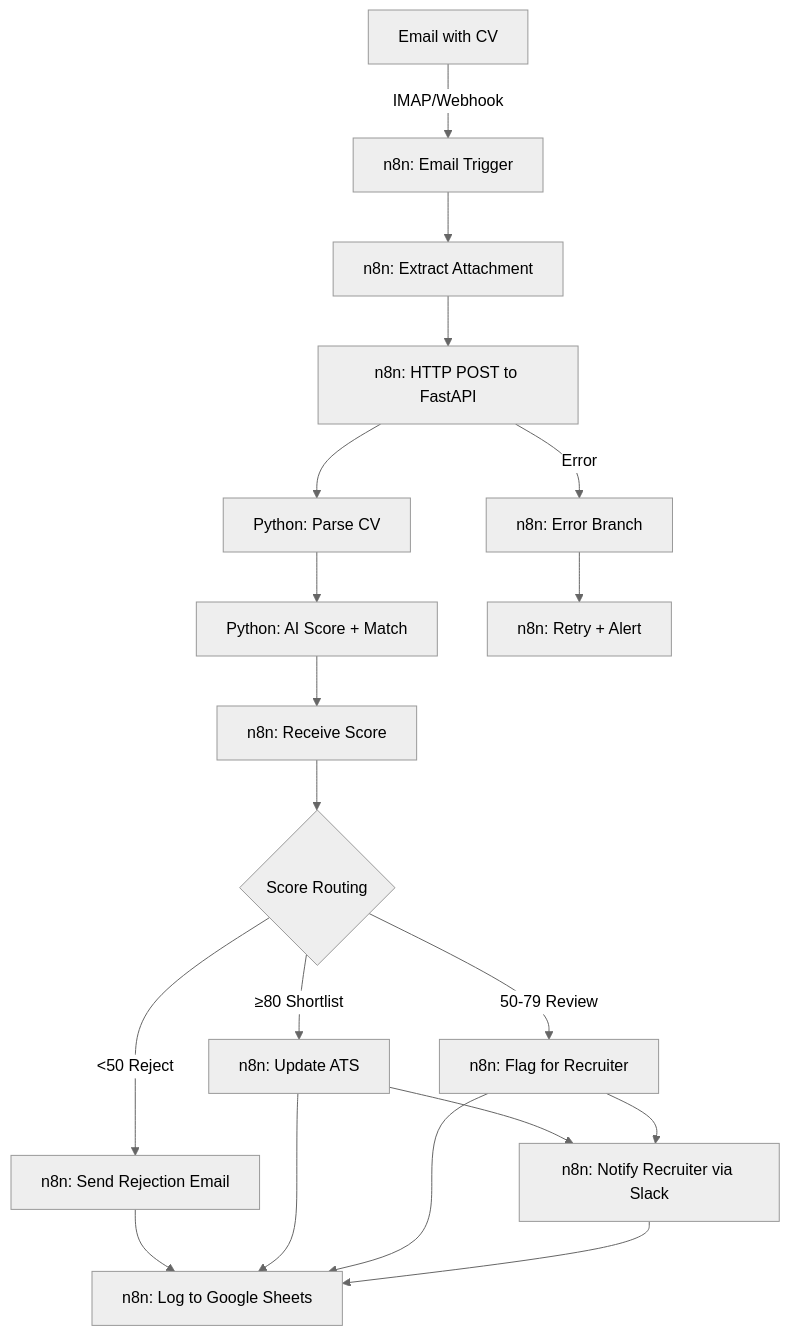
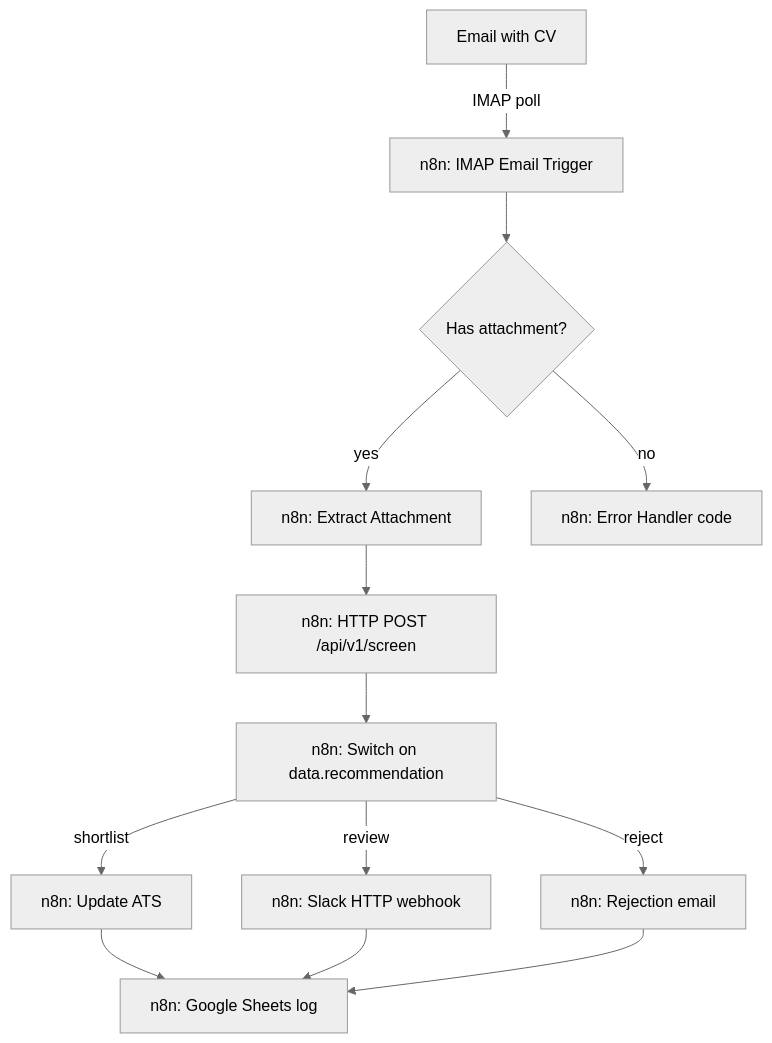
One commit to afras23/n8n-ai-candidate-screening changed the first of 2 diagrams in README.md. Above: the diagram before and after it, drawn with Mermaid (neutral theme). The commit also changed other lines of this file and 1 other file, not shown here.

Commit message:
docs: align workflow documentation with exported n8n

````diff
--- a/README.md
+++ b/README.md
@@ -21,21 +21,15 @@
 ```mermaid
 graph TD
-    A[Email with CV] -->|IMAP/Webhook| B[n8n: Email Trigger]
-    B --> C[n8n: Extract Attachment]
-    C --> D[n8n: HTTP POST to FastAPI]
-    D --> E[Python: Parse CV]
-    E --> F[Python: AI Score + Match]
-    F --> G[n8n: Receive Score]
-    G --> H{Score Routing}
-    H -->|≥80 Shortlist| I[n8n: Update ATS]
-    H -->|50-79 Review| J[n8n: Flag for Recruiter]
-    H -->|<50 Reject| K[n8n: Send Rejection Email]
-    I --> L[n8n: Notify Recruiter via Slack]
-    J --> L
-    K --> M[n8n: Log to Google Sheets]
-    I --> M
-    J --> M
-    L --> M
-    D -->|Error| N[n8n: Error Branch]
-    N --> O[n8n: Retry + Alert]
+    A[Email with CV] -->|IMAP poll| B[n8n: IMAP Email Trigger]
+    B --> C{Has attachment?}
+    C -->|yes| D[n8n: Extract Attachment]
+    D --> E[n8n: HTTP POST /api/v1/screen]
+    E --> F[n8n: Switch on data.recommendation]
+    F -->|shortlist| G[n8n: Update ATS]
+    F -->|review| H[n8n: Slack HTTP webhook]
+    F -->|reject| I[n8n: Rejection email]
+    G --> J[n8n: Google Sheets log]
+    H --> J
+    I --> J
+    C -->|no| K[n8n: Error Handler code]
 ```
````
